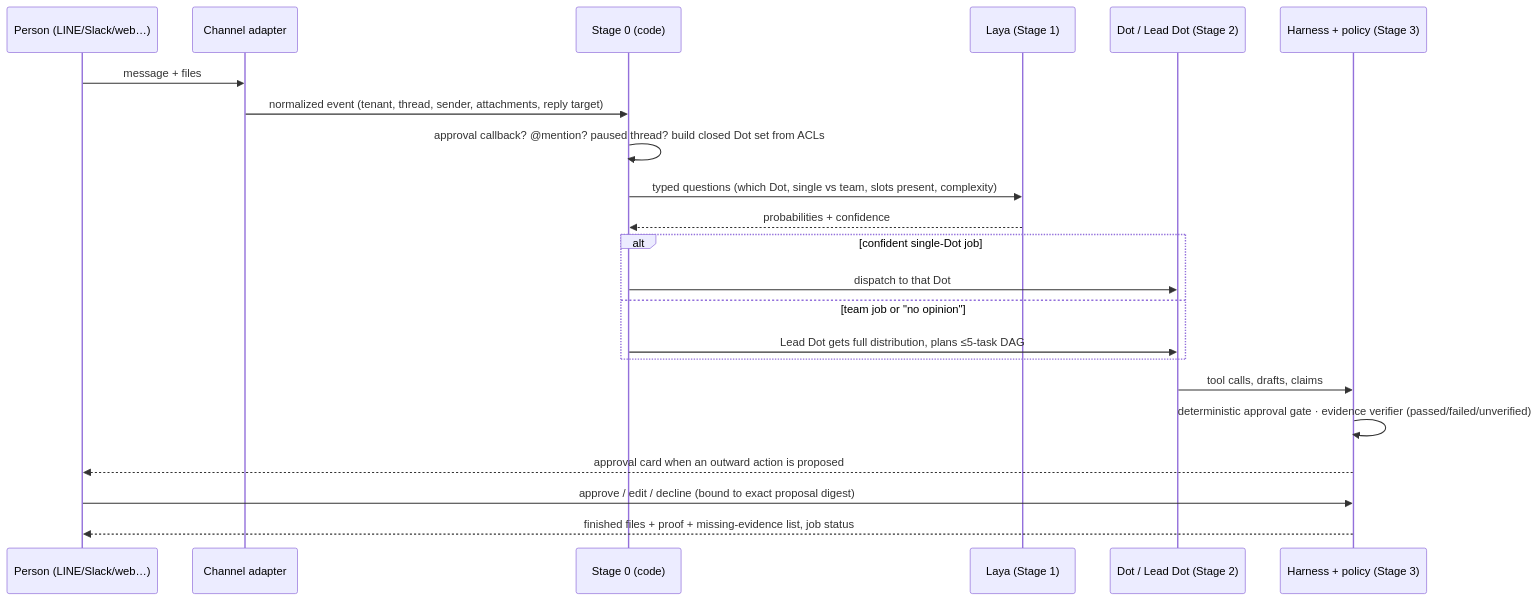
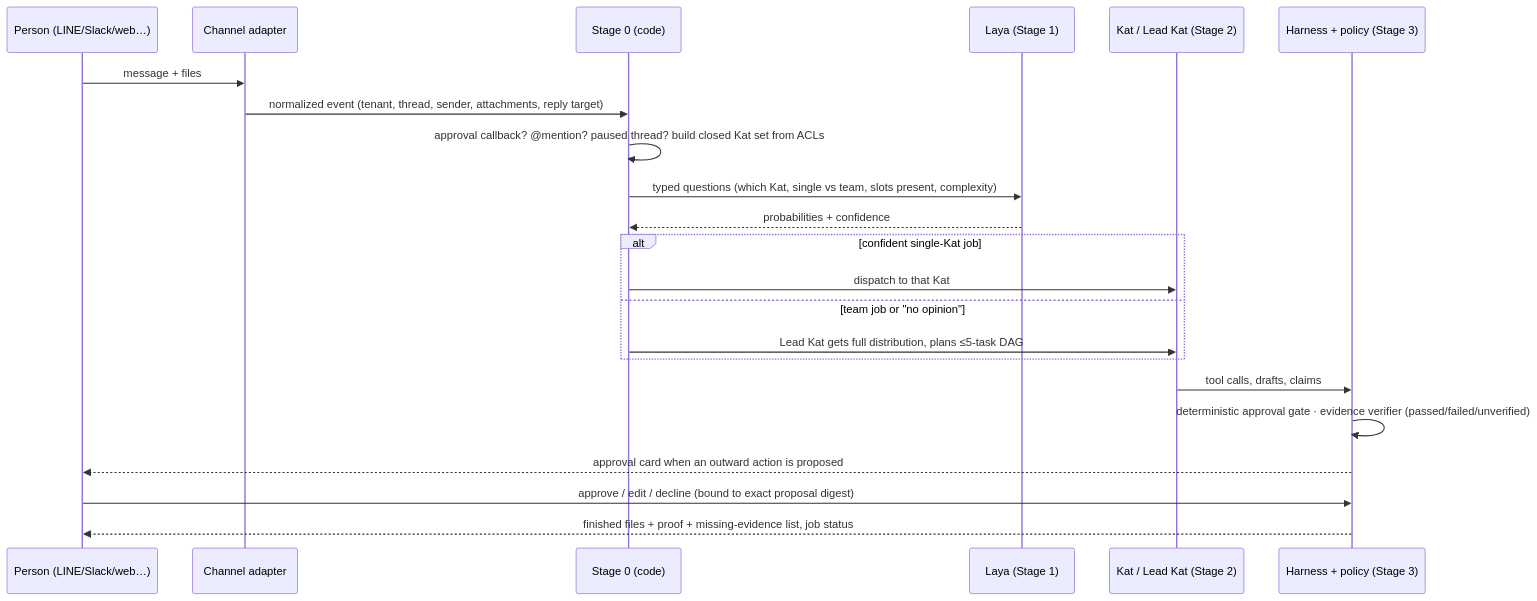
The diagram in docs/spec/katwork-design.md (Minniesse/katwork), drawn with Mermaid before and after one commit. The commit also changed other lines of this file and 43 other files, not shown here.

````diff
--- a/docs/spec/katwork-design.md
+++ b/docs/spec/katwork-design.md
@@ -171,24 +171,24 @@
 ```mermaid
 sequenceDiagram
   participant U as Person (LINE/Slack/web…)
   participant C as Channel adapter
   participant S0 as Stage 0 (code)
   participant L as Laya (Stage 1)
-  participant D as Dot / Lead Dot (Stage 2)
+  participant D as Kat / Lead Kat (Stage 2)
   participant H as Harness + policy (Stage 3)
   U->>C: message + files
   C->>S0: normalized event (tenant, thread, sender, attachments, reply target)
-  S0->>S0: approval callback? @mention? paused thread? build closed Dot set from ACLs
-  S0->>L: typed questions (which Dot, single vs team, slots present, complexity)
+  S0->>S0: approval callback? @mention? paused thread? build closed Kat set from ACLs
+  S0->>L: typed questions (which Kat, single vs team, slots present, complexity)
   L-->>S0: probabilities + confidence
-  alt confident single-Dot job
-    S0->>D: dispatch to that Dot
+  alt confident single-Kat job
+    S0->>D: dispatch to that Kat
   else team job or "no opinion"
-    S0->>D: Lead Dot gets full distribution, plans ≤5-task DAG
+    S0->>D: Lead Kat gets full distribution, plans ≤5-task DAG
   end
   D->>H: tool calls, drafts, claims
   H->>H: deterministic approval gate · evidence verifier (passed/failed/unverified)
   H-->>U: approval card when an outward action is proposed
   U->>H: approve / edit / decline (bound to exact proposal digest)
   H-->>U: finished files + proof + missing-evidence list, job status
 ```
````
